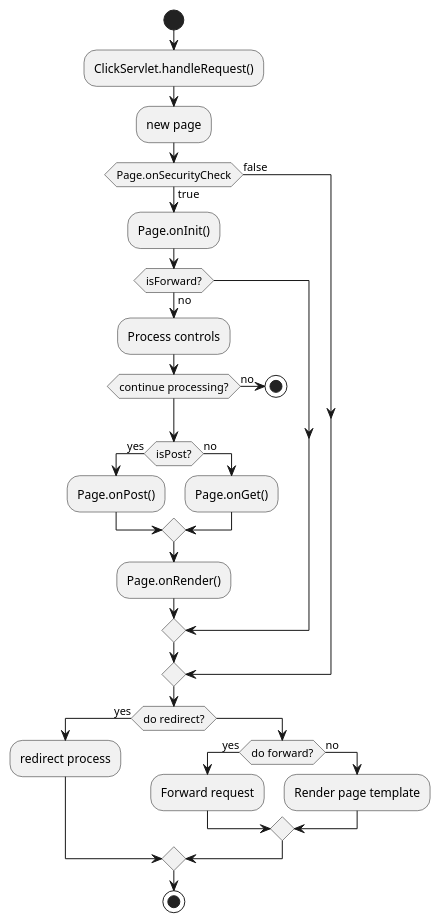
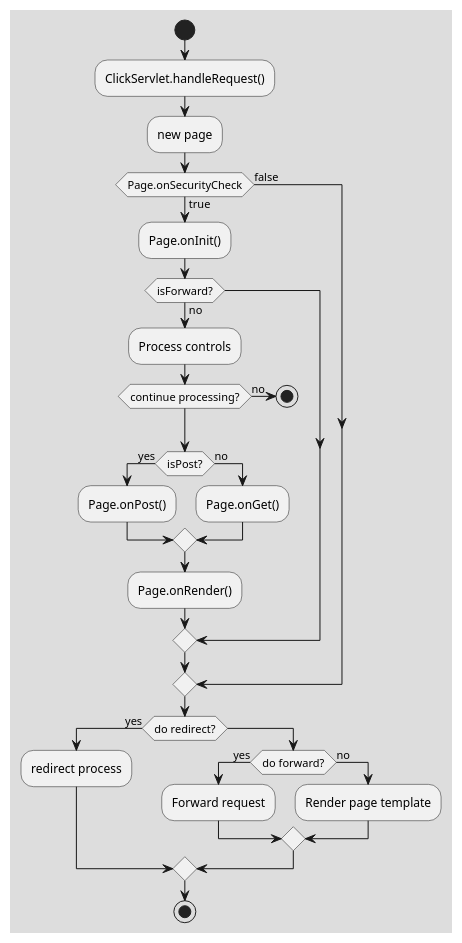
One commit to toddmo/lifestylesunlimited changed the diagram in single-family.puml. Above: the diagram before and after it, drawn with PlantUML.

Commit message:
test comment

```diff
--- a/single-family.puml
+++ b/single-family.puml
@@ -1,37 +1,51 @@
 @startuml single-family
 
+skinparam BackgroundColor #dddddd
+
+skinparam BoundaryBorderColor red
+
+skinparam juju {
+    BackgroundColor red;
+}
 
 start
 :ClickServlet.handleRequest();
 :new page;
+
+
+/''/
+
+
 if (Page.onSecurityCheck) then (true)
   :Page.onInit();
   if (isForward?) then (no)
 	:Process controls;
 	if (continue processing?) then (no)
 	  stop
 	endif
 	
 	if (isPost?) then (yes)
 	  :Page.onPost();
 	else (no)
 	  :Page.onGet();
 	endif
 	:Page.onRender();
   endif
 else (false)
 endif
+
+
 '*hjkhjk*/
 if (do redirect?) then (yes)
   :redirect process;
 else
   if (do forward?) then (yes)
 	:Forward request;
   else (no)
 	:Render page template;
   endif
 endif
 
 stop
 
 @enduml
```
